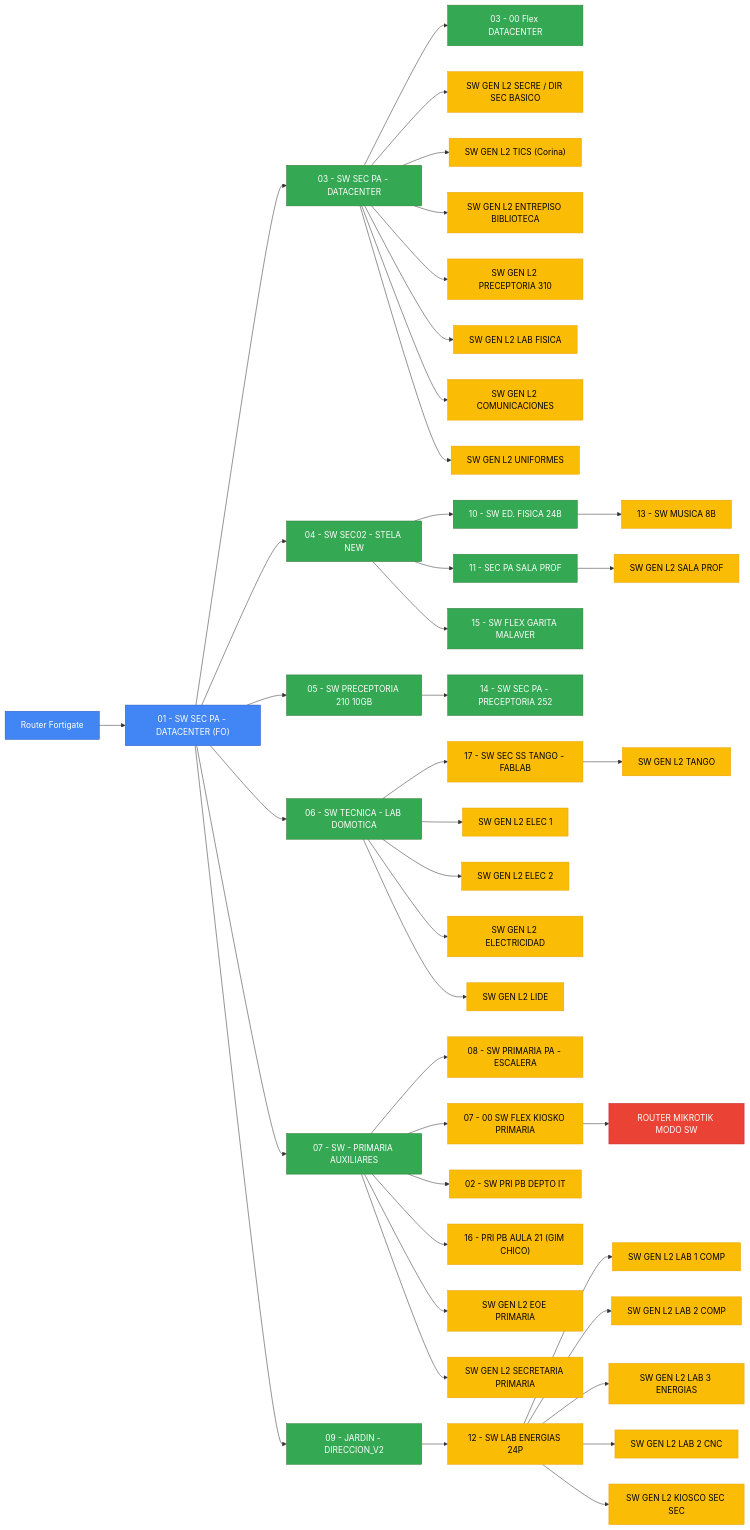
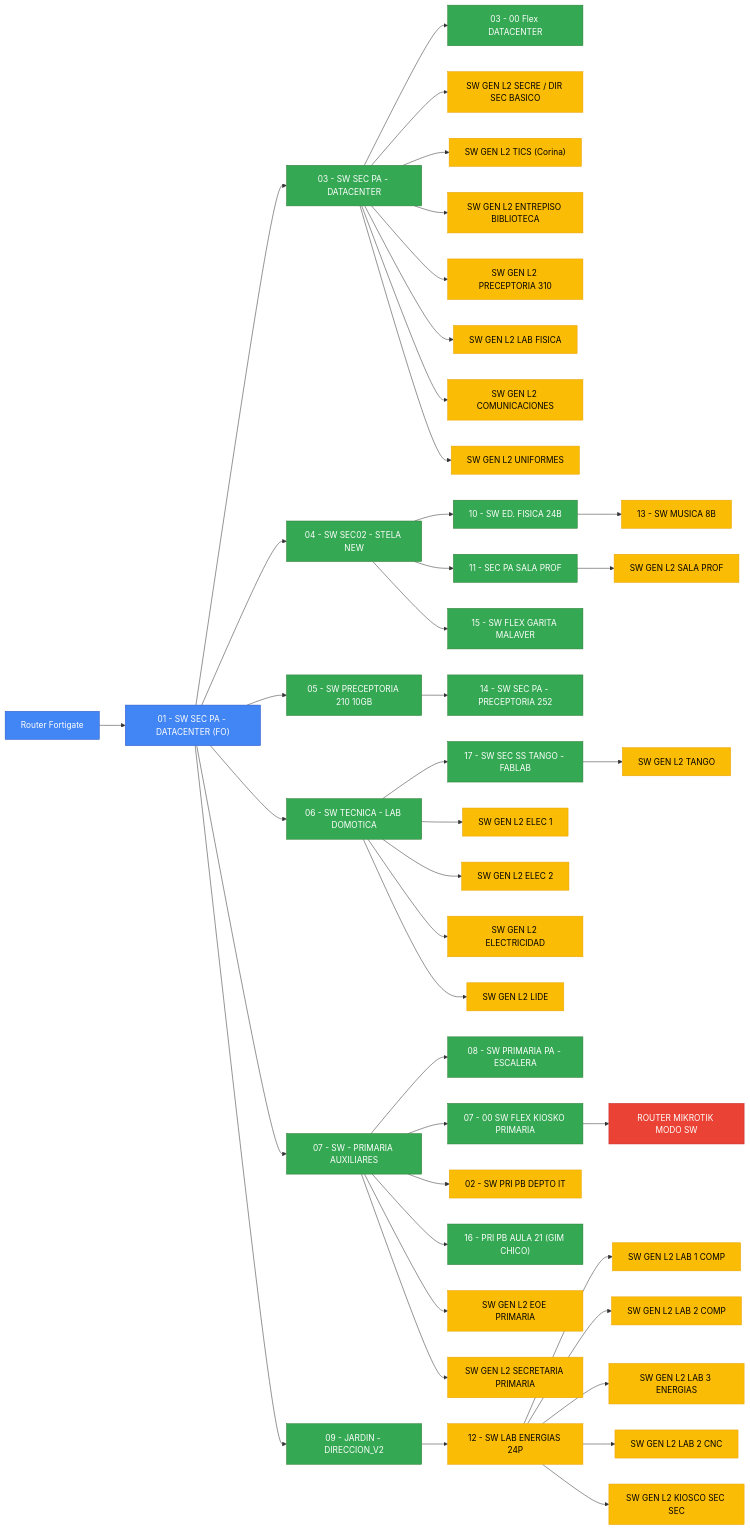
The diagram in README.md (carlostcba/Topologia-LSF), drawn with Mermaid before and after one commit.

````diff
--- a/README.md
+++ b/README.md
@@ -2,58 +2,58 @@
 ```mermaid
 flowchart LR
     classDef core fill:#4285F4,stroke:#2A56C6,color:white;
     classDef distribucion fill:#34A853,stroke:#2E7D32,color:white;
     classDef acceso fill:#FBBC05,stroke:#E8A203,color:black;
     classDef especial fill:#EA4335,stroke:#C62828,color:white;
 
     RF[Router Fortigate] --> C01["01 - SW SEC PA - DATACENTER (FO)"]
     C01 --> S03["03 - SW SEC PA - DATACENTER"]
     S03 --> F03["03 - 00 Flex DATACENTER"]
     S03 --> S031["SW GEN L2 SECRE / DIR SEC BASICO"]
     S03 --> S032["SW GEN L2 TICS (Corina)"]
     S03 --> S033["SW GEN L2 ENTREPISO BIBLIOTECA"]
     S03 --> S034["SW GEN L2 PRECEPTORIA 310"]
     S03 --> S035["SW GEN L2 LAB FISICA"]
     S03 --> S036["SW GEN L2 COMUNICACIONES"]
     S03 --> S037["SW GEN L2 UNIFORMES"]
 
     C01 --> S04["04 - SW SEC02 - STELA NEW"]
     S04 --> E10["10 - SW ED. FISICA 24B"]
     E10 --> M13["13 - SW MUSICA 8B"]
     S04 --> P11["11 - SEC PA SALA PROF"]
     P11 --> SPROF["SW GEN L2 SALA PROF"]
     S04 --> FLEX2["15 - SW FLEX GARITA MALAVER"]
 
     C01 --> S05["05 - SW PRECEPTORIA 210 10GB"]
     S05 --> P14["14 - SW SEC PA - PRECEPTORIA 252"]
 
     C01 --> S06["06 - SW TECNICA - LAB DOMOTICA"]
     S06 --> T17["17 - SW SEC SS TANGO - FABLAB"]
     T17 --> TANGO["SW GEN L2 TANGO"]
     S06 --> ELEC1["SW GEN L2 ELEC 1"]
     S06 --> ELEC2["SW GEN L2 ELEC 2"]
     S06 --> ELEC3["SW GEN L2 ELECTRICIDAD"]
     S06 --> LIDE["SW GEN L2 LIDE"]
 
     C01 --> S07["07 - SW - PRIMARIA AUXILIARES"]
     S07 --> P08["08 - SW PRIMARIA PA - ESCALERA"]
     S07 --> K07["07 - 00 SW FLEX KIOSKO PRIMARIA"]
     K07 --> RMIK["ROUTER MIKROTIK MODO SW"]
     S07 --> D02["02 - SW PRI PB DEPTO IT"]
     S07 --> G16["16 - PRI PB AULA 21 (GIM CHICO)"]
     S07 --> EOE["SW GEN L2 EOE PRIMARIA"]
     S07 --> SPRI["SW GEN L2 SECRETARIA PRIMARIA"]
 
     C01 --> S09["09 - JARDIN - DIRECCION_V2"]
     S09 --> L12["12 - SW LAB ENERGIAS 24P"]
     L12 --> LC1["SW GEN L2 LAB 1 COMP"]
     L12 --> LC2["SW GEN L2 LAB 2 COMP"]
     L12 --> LE3["SW GEN L2 LAB 3 ENERGIAS"]
     L12 --> CNC["SW GEN L2 LAB 2 CNC"]
     L12 --> KSEC["SW GEN L2 KIOSCO SEC SEC"]
 
     class RF,C01 core;
-    class S03,S04,S05,S06,S07,S09,F03,FLEX1,FLEX2,P11,E10,P14 distribucion;
-    class S031,S032,S033,S034,S035,S036,S037,,M13,T17,SPROF,TANGO,ELEC1,ELEC2,ELEC3,LIDE,P08,K07,D02,G16,EOE,SPRI,L12,LC1,LC2,LE3,CNC,KSEC acceso;
+    class S03,S04,S05,S06,S07,S09,F03,FLEX1,FLEX2,P11,E10,P14,T17,P08,K07,G16 distribucion;
+    class S031,S032,S033,S034,S035,S036,S037,,M13,SPROF,TANGO,ELEC1,ELEC2,ELEC3,LIDE,D02,EOE,SPRI,L12,LC1,LC2,LE3,CNC,KSEC acceso;
     class RMIK especial;
 ```
````
